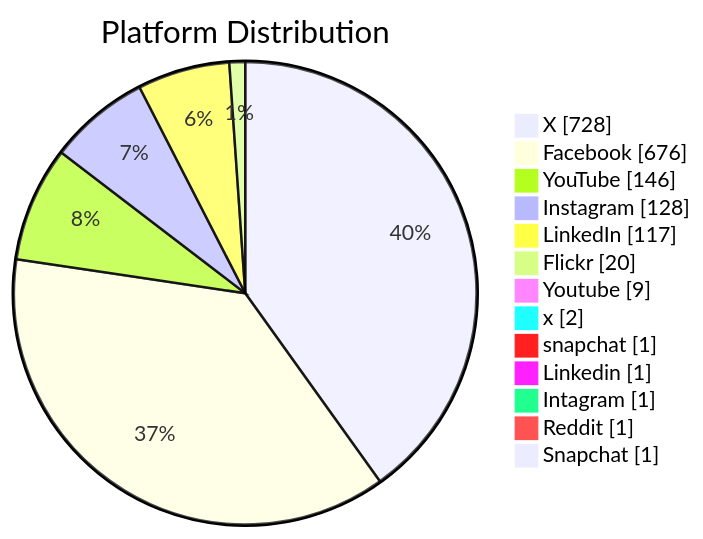
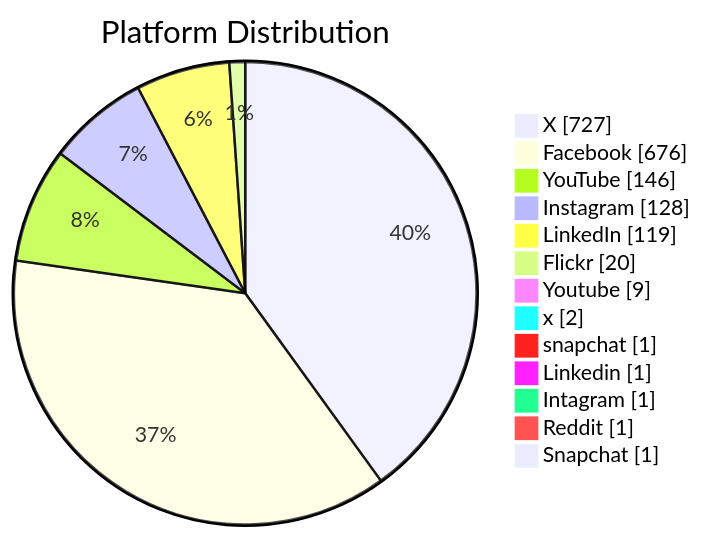
Before and after one commit to PatLittle/GC-Socials: the second of 6 diagrams in README.md, drawn with Mermaid. The commit also changed other lines of this file, not shown here.

Commit message:
Update README with Platform Distribution pie chart

````diff
--- a/README.md
+++ b/README.md
@@ -46,16 +46,16 @@
 ```mermaid
 pie showData title Platform Distribution
-    "X": 728
+    "X": 727
     "Facebook": 676
     "YouTube": 146
     "Instagram": 128
-    "LinkedIn": 117
+    "LinkedIn": 119
     "Flickr": 20
     "Youtube": 9
     "x": 2
     "snapchat": 1
     "Linkedin": 1
     "Intagram": 1
     "Reddit": 1
     "Snapchat": 1
 ```
````
